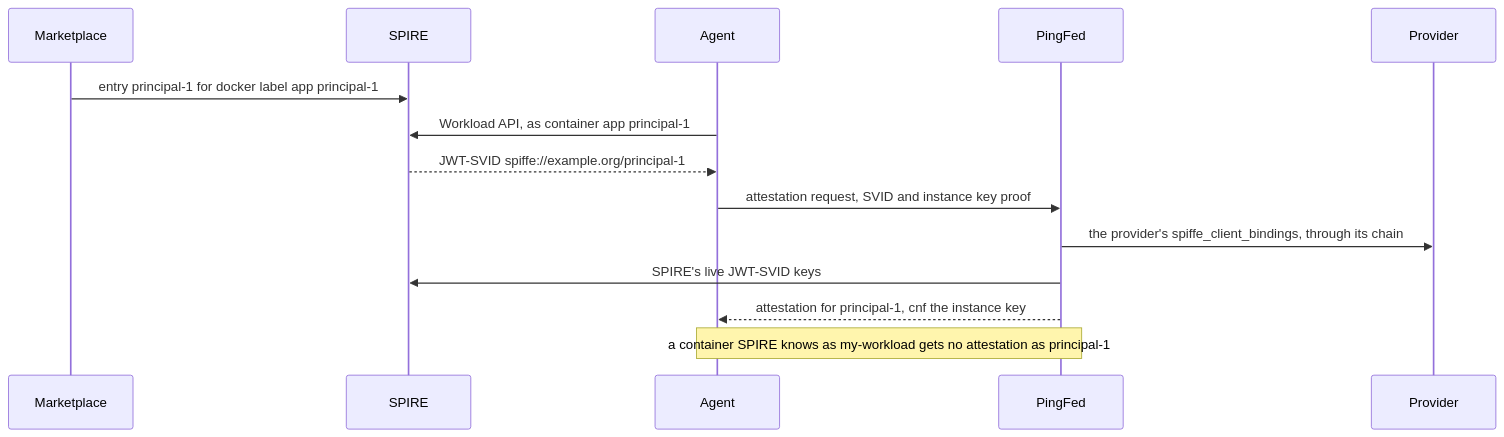
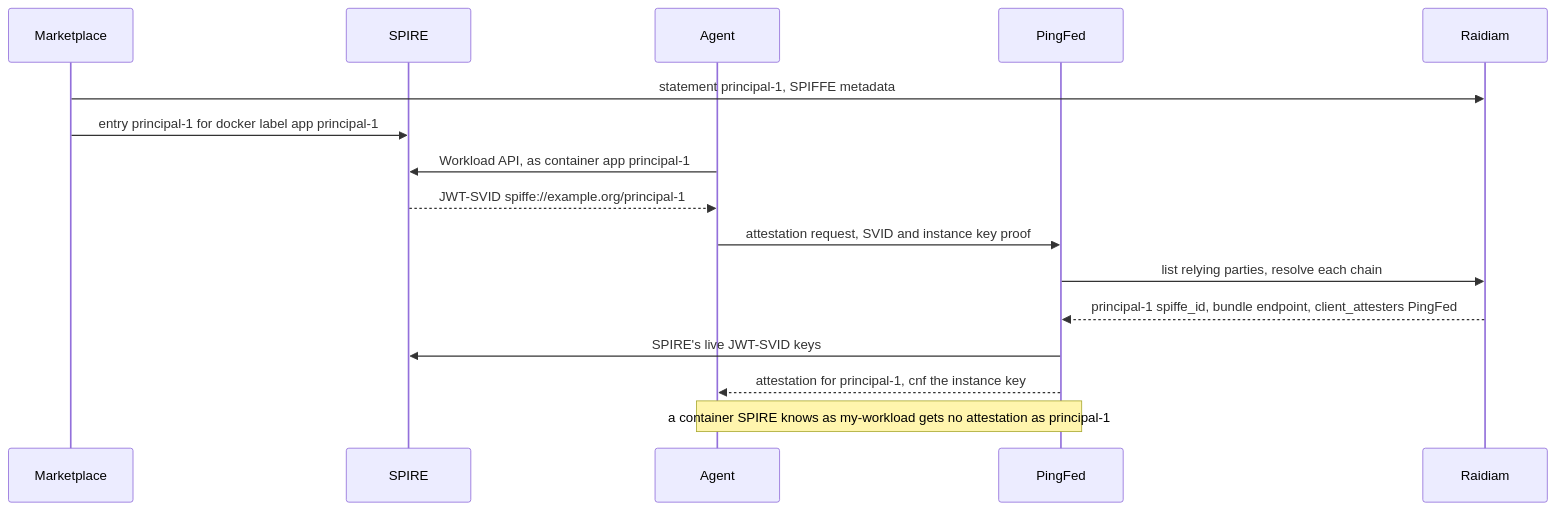
Diagram 20 of 21 in demo/flows.md (MC-IDPartners/pf-agentic-identity), drawn with Mermaid before and after one commit. The commit also changed other lines of this file and 2 other files, not shown here.

First line of the commit message:
PingFederate's attester reads the agents' SPIFFE bindings from Raidiam

````diff
--- a/demo/flows.md
+++ b/demo/flows.md
@@ -543,16 +549,18 @@
 ```mermaid
 sequenceDiagram
     participant MP as Marketplace
     participant SP as SPIRE
     participant AG as Agent
     participant PF as PingFed
-    participant PR as Provider
+    participant RD as Raidiam
+    MP->>RD: statement principal-1, SPIFFE metadata
     MP->>SP: entry principal-1 for docker label app principal-1
     AG->>SP: Workload API, as container app principal-1
     SP-->>AG: JWT-SVID spiffe://example.org/principal-1
     AG->>PF: attestation request, SVID and instance key proof
-    PF->>PR: the provider's spiffe_client_bindings, through its chain
+    PF->>RD: list relying parties, resolve each chain
+    RD-->>PF: principal-1 spiffe_id, bundle endpoint, client_attesters PingFed
     PF->>SP: SPIRE's live JWT-SVID keys
     PF-->>AG: attestation for principal-1, cnf the instance key
     Note over AG,PF: a container SPIRE knows as my-workload gets no attestation as principal-1
 ```
````
